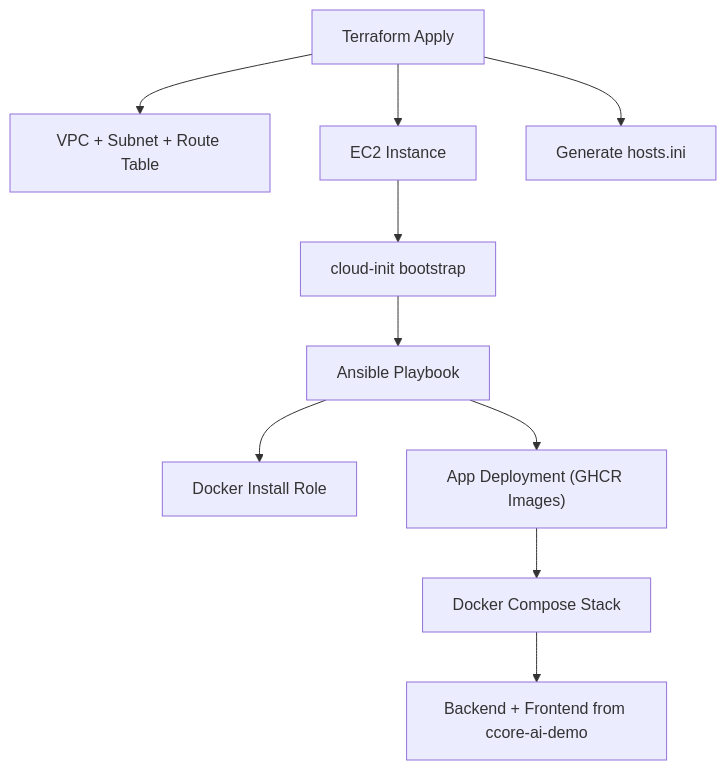
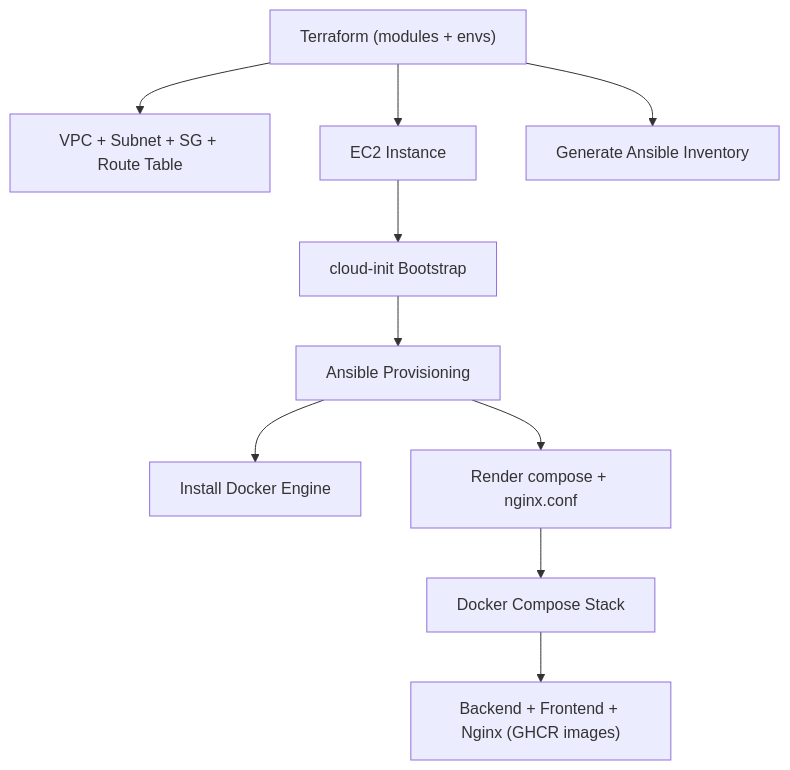
Before and after one commit to LaurisNeimanis/ccore-ai-infra: the diagram in README.md, drawn with Mermaid. The commit also changed other lines of this file and 13 other files, not shown here.

Commit message:
Refactor: full Terraform + Ansible cleanup and restructure

````diff
--- a/README.md
+++ b/README.md
@@ -66,15 +95,15 @@
 ```mermaid
 flowchart TD
-    A[Terraform Apply] --> B[VPC + Subnet + Route Table]
+    A["Terraform (modules + envs)"] --> B["VPC + Subnet + SG + Route Table"]
     A --> C[EC2 Instance]
-    A --> D[Generate hosts.ini]
+    A --> D[Generate Ansible Inventory]
 
-    C --> E[cloud-init bootstrap]
-    E --> F[Ansible Playbook]
+    C --> E[cloud-init Bootstrap]
+    E --> F[Ansible Provisioning]
 
-    F --> G[Docker Install Role]
-    F --> H["App Deployment (GHCR Images)"]
+    F --> G[Install Docker Engine]
+    F --> H[Render compose + nginx.conf]
 
     H --> I[Docker Compose Stack]
-    I --> J[Backend + Frontend from ccore-ai-demo]
+    I --> J["Backend + Frontend + Nginx (GHCR images)"]
 ```
````
